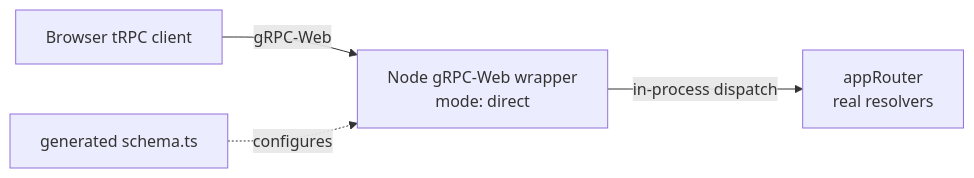
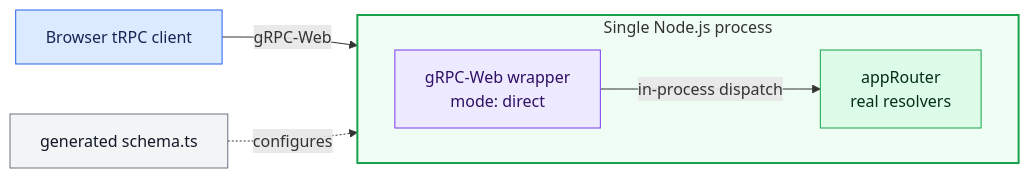
One commit to iocat/trpc-proto changed the third of 3 diagrams in README.md. Above: the diagram before and after it, drawn with Mermaid. The commit also changed other lines of this file, not shown here.

Commit message:
docs: distinguish deployment diagram roles

````diff
--- a/README.md
+++ b/README.md
@@ -60,11 +77,25 @@
 ```mermaid
 flowchart LR
   Browser["Browser tRPC client"]
-  Wrapper["Node gRPC-Web wrapper<br/>mode: direct"]
-  Router["appRouter<br/>real resolvers"]
   Schema["generated schema.ts"]
 
+  subgraph NodeProcess["Single Node.js process"]
+    direction LR
+    Wrapper["gRPC-Web wrapper<br/>mode: direct"]
+    Router["appRouter<br/>real resolvers"]
+    Wrapper -->|"in-process dispatch"| Router
+  end
+
   Browser -->|"gRPC-Web"| Wrapper
-  Wrapper -->|"in-process dispatch"| Router
   Schema -. "configures" .-> Wrapper
+
+  class Browser client
+  class Wrapper wrapper
+  class Router router
+  class Schema artifact
+  classDef client fill:#dbeafe,stroke:#2563eb,color:#172554
+  classDef wrapper fill:#ede9fe,stroke:#7c3aed,color:#2e1065
+  classDef router fill:#dcfce7,stroke:#16a34a,color:#052e16
+  classDef artifact fill:#f3f4f6,stroke:#6b7280,color:#111827
+  style NodeProcess fill:#f0fdf4,stroke:#16a34a,stroke-width:2px
 ```
````
